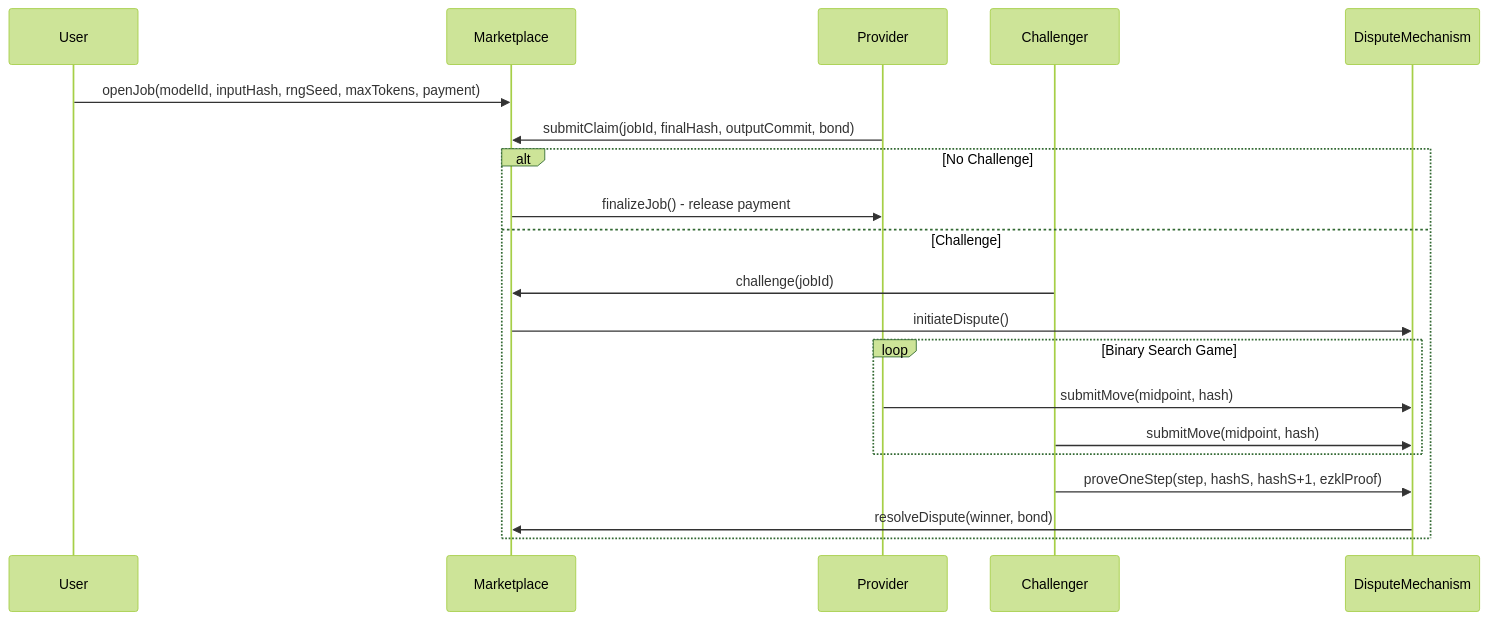
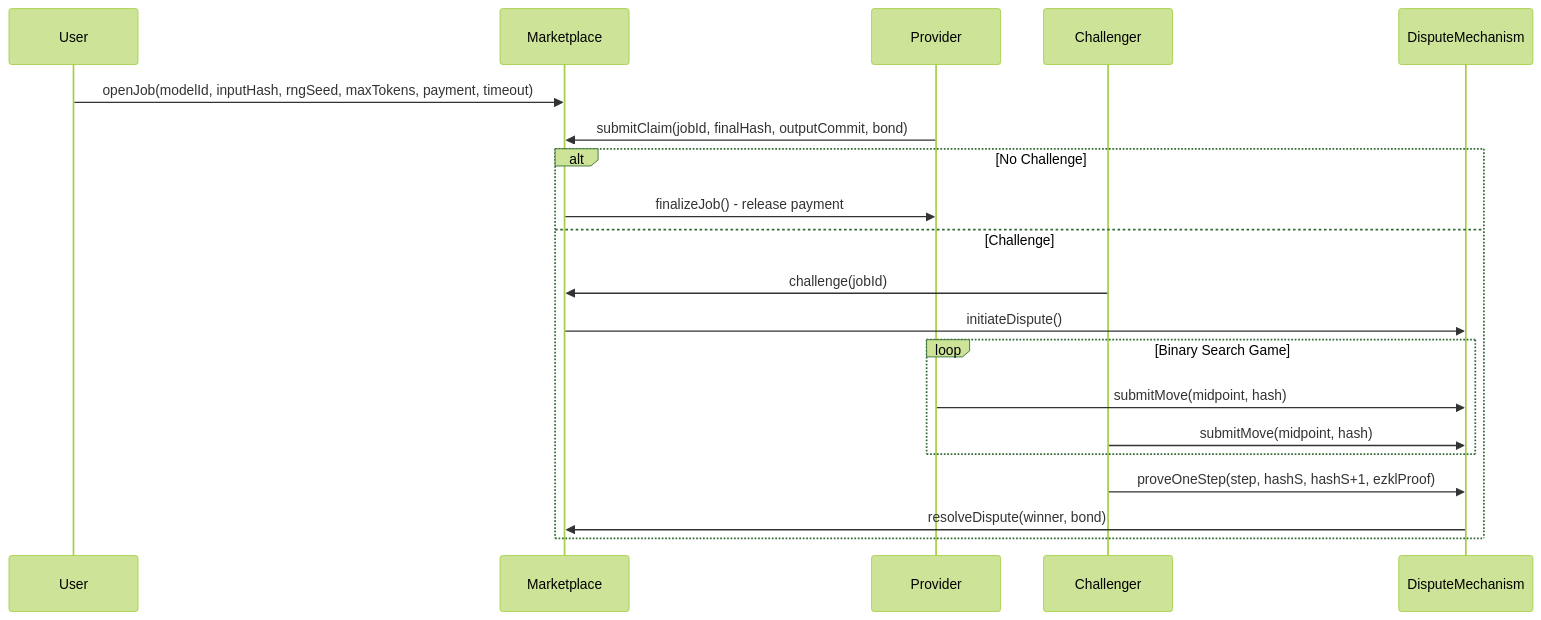
One commit to Inference-xyz/protocol changed the first of 5 diagrams in protocol_architecture.md. Above: the diagram before and after it, drawn with Mermaid (forest theme). The commit also changed other lines of this file and 1 other file, not shown here.

````diff
--- a/protocol_architecture.md
+++ b/protocol_architecture.md
@@ -30,26 +30,26 @@
 ```mermaid
 sequenceDiagram
     participant User
     participant Marketplace
     participant Provider
     participant Challenger
     participant DisputeMechanism
 
-    User->>Marketplace: openJob(modelId, inputHash, rngSeed, maxTokens, payment)
+    User->>Marketplace: openJob(modelId, inputHash, rngSeed, maxTokens, payment, timeout)
     Provider->>Marketplace: submitClaim(jobId, finalHash, outputCommit, bond)
     
     alt No Challenge
         Marketplace->>Provider: finalizeJob() - release payment
     else Challenge
         Challenger->>Marketplace: challenge(jobId)
         Marketplace->>DisputeMechanism: initiateDispute()
         
         loop Binary Search Game
             Provider->>DisputeMechanism: submitMove(midpoint, hash)
             Challenger->>DisputeMechanism: submitMove(midpoint, hash)
         end
         
         Challenger->>DisputeMechanism: proveOneStep(step, hashS, hashS+1, ezklProof)
         DisputeMechanism->>Marketplace: resolveDispute(winner, bond)
     end
 ```
````
